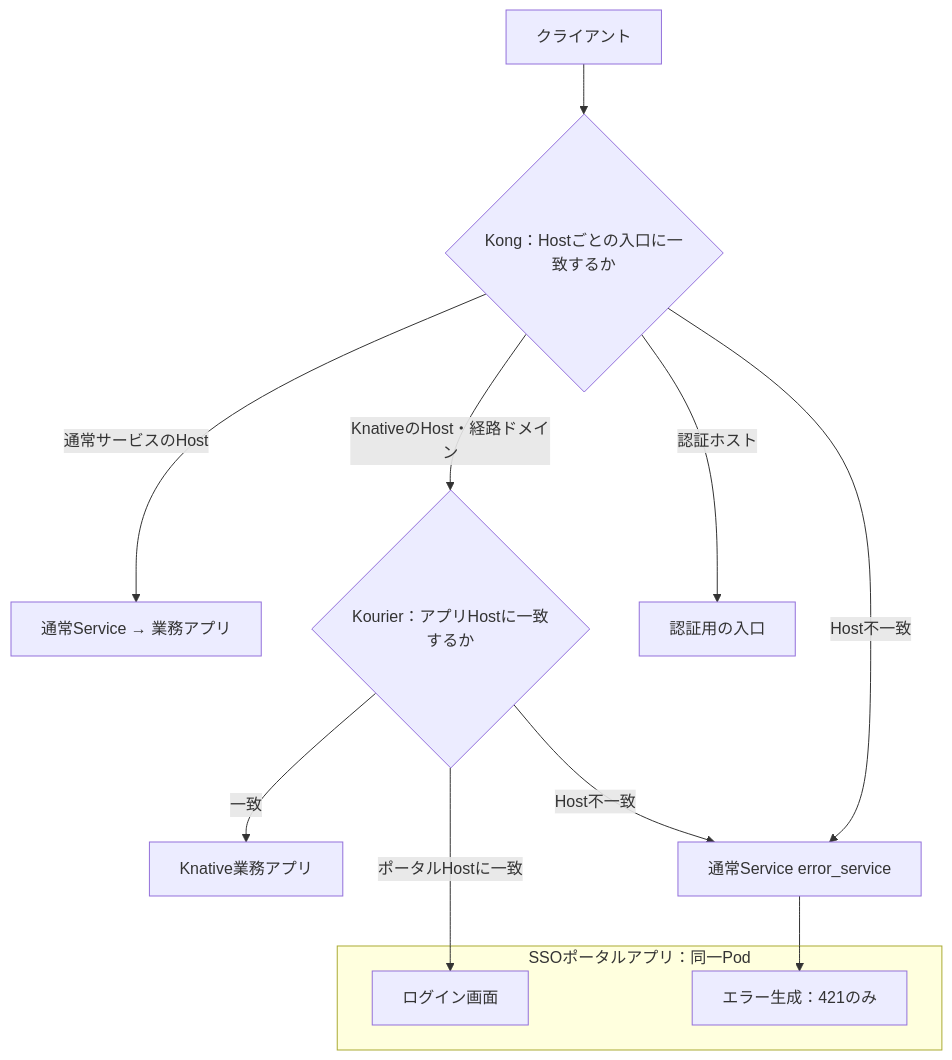
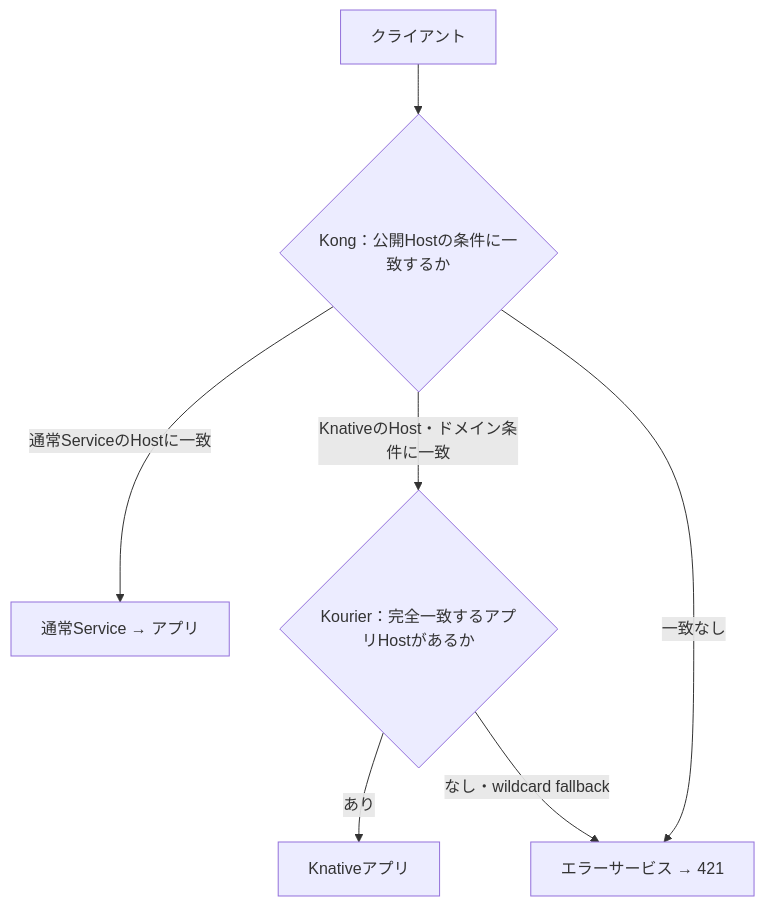
Before and after one commit to sasano8/infra-kubernetes: the first of 2 diagrams in docs/routing-architecture.md, drawn with Mermaid. The commit also changed other lines of this file and 1 other file, not shown here.

Commit message:
Separate host routing design from error renderer deployment

````diff
--- a/docs/routing-architecture.md
+++ b/docs/routing-architecture.md
@@ -83,16 +10,9 @@
 ```mermaid
 flowchart TD
-    C[クライアント] --> K{Kong：Hostごとの入口に一致するか}
-    K -->|通常サービスのHost| S[通常Service → 業務アプリ]
-    K -->|KnativeのHost・経路ドメイン| Q{Kourier：アプリHostに一致するか}
-    K -->|認証ホスト| O[認証用の入口]
-    K -->|Host不一致| E[通常Service error_service]
-    Q -->|一致| A[Knative業務アプリ]
-    Q -->|ポータルHostに一致| UI[ログイン画面]
-    Q -->|Host不一致| E
-    E --> P[エラー生成：421のみ]
-    subgraph Portal[SSOポータルアプリ：同一Pod]
-        UI
-        P
-    end
+    C[クライアント] --> K{Kong：公開Hostの条件に一致するか}
+    K -->|通常ServiceのHostに一致| S[通常Service → アプリ]
+    K -->|KnativeのHost・ドメイン条件に一致| Q{Kourier：完全一致するアプリHostがあるか}
+    K -->|一致なし| E[エラーサービス → 421]
+    Q -->|あり| A[Knativeアプリ]
+    Q -->|なし・wildcard fallback| E
 ```
````
